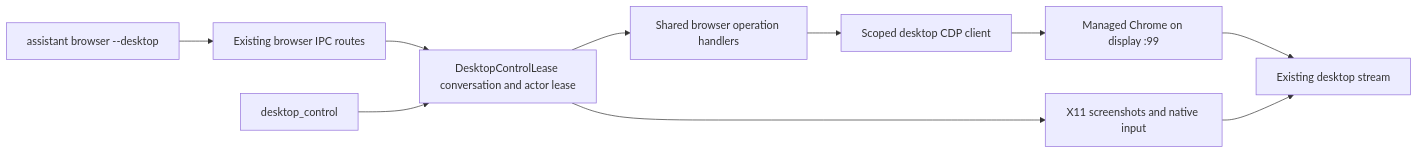
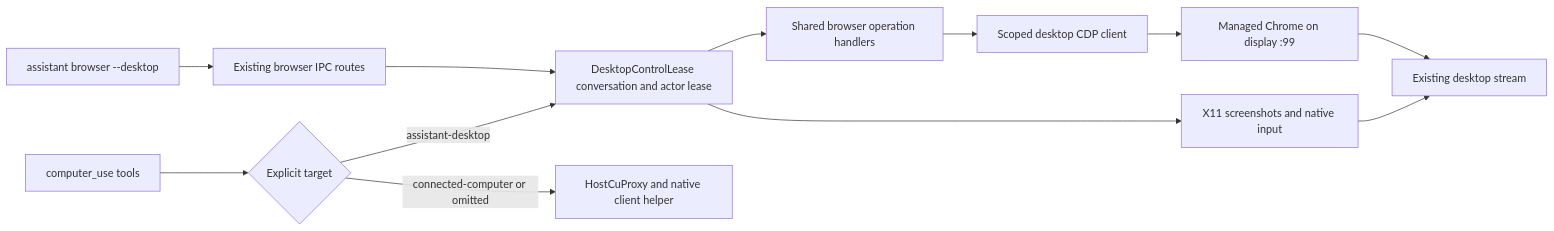
The diagram in assistant/docs/desktop-browser-cli.md (mouse-value-add/vellum-assistant), drawn with Mermaid before and after one commit. The commit also changed other lines of this file and 26 other files, not shown here.

Commit message:
Unify assistant desktop with existing computer-use targets

````diff
--- a/assistant/docs/desktop-browser-cli.md
+++ b/assistant/docs/desktop-browser-cli.md
@@ -5,12 +5,14 @@
 ```mermaid
 flowchart LR
   CLI[assistant browser --desktop] --> IPC[Existing browser IPC routes]
   IPC --> Lease[DesktopControlLease conversation and actor lease]
   Lease --> Shared[Shared browser operation handlers]
   Shared --> CDP[Scoped desktop CDP client]
   CDP --> Chrome[Managed Chrome on display :99]
   Chrome --> Stream[Existing desktop stream]
-  X11[desktop_control] --> Lease
+  CU[computer_use tools] --> Target{Explicit target}
+  Target -->|assistant-desktop| Lease
+  Target -->|connected-computer or omitted| Host[HostCuProxy and native client helper]
   Lease --> Native[X11 screenshots and native input]
   Native --> Stream
 ```
````
